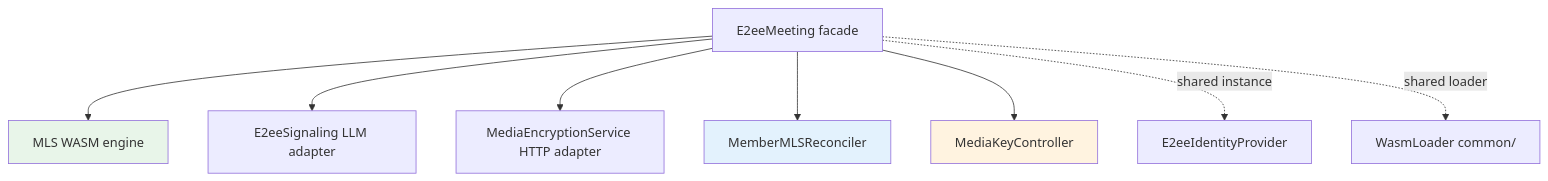
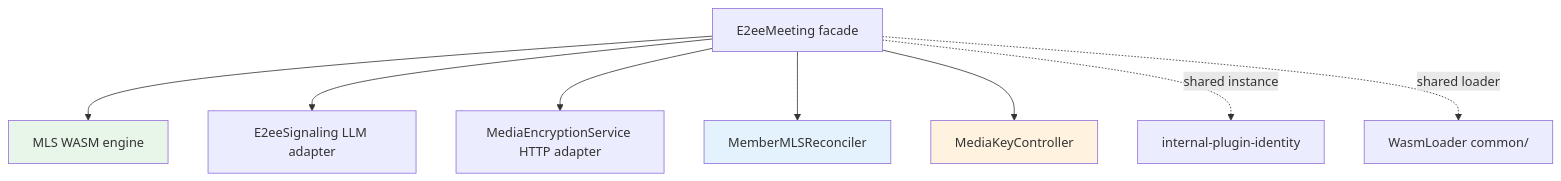
The second of 3 diagrams in packages/@webex/plugin-meetings/src/e2ee/DESIGN.md (webex/webex-js-sdk), drawn with Mermaid before and after one commit. The commit also changed other lines of this file and 20 other files, not shown here.

Commit message:
fix: moved identity to a new plugin

````diff
--- a/packages/@webex/plugin-meetings/src/e2ee/DESIGN.md
+++ b/packages/@webex/plugin-meetings/src/e2ee/DESIGN.md
@@ -126,14 +125,14 @@
 ```mermaid
 graph TD
     E2eeMeeting[E2eeMeeting facade] --> MLS[MLS WASM engine]
     E2eeMeeting --> Sig[E2eeSignaling LLM adapter]
     E2eeMeeting --> Svc[MediaEncryptionService HTTP adapter]
     E2eeMeeting --> Recon[MemberMLSReconciler]
     E2eeMeeting --> MediaCtl[MediaKeyController]
-    E2eeMeeting -.->|shared instance| Ident[E2eeIdentityProvider]
+    E2eeMeeting -.->|shared instance| Ident[internal-plugin-identity]
     E2eeMeeting -.->|shared loader| WasmLoader[WasmLoader common/]
 
     style MLS fill:#e8f5e9
     style Recon fill:#e3f2fd
     style MediaCtl fill:#fff3e0
 ```
````
